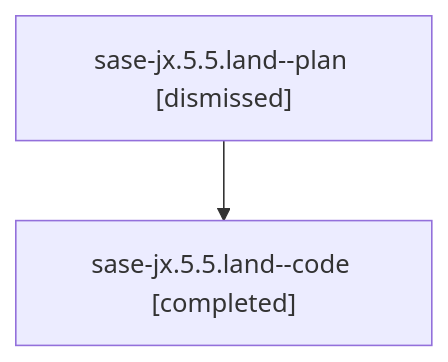
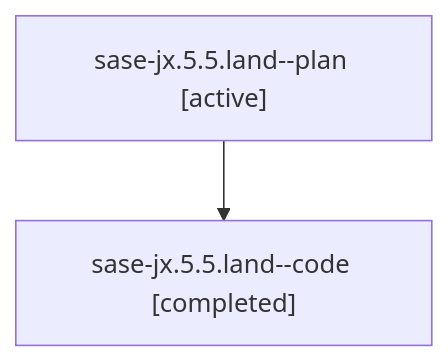
Before and after one commit to sase-org/sase--agents: the diagram in families/bbugyi200.athena.sase-jx.5.5.land.md, drawn with Mermaid. The commit also changed other lines of this file and 35830 other files, not shown here.

````diff
--- a/families/bbugyi200.athena.sase-jx.5.5.land.md
+++ b/families/bbugyi200.athena.sase-jx.5.5.land.md
@@ -9,6 +9,6 @@
 ```mermaid
 flowchart TD
-  n0["sase-jx.5.5.land--plan [dismissed]"]
+  n0["sase-jx.5.5.land--plan [active]"]
   n1["sase-jx.5.5.land--code [completed]"]
   n0 --> n1
 ```
````
